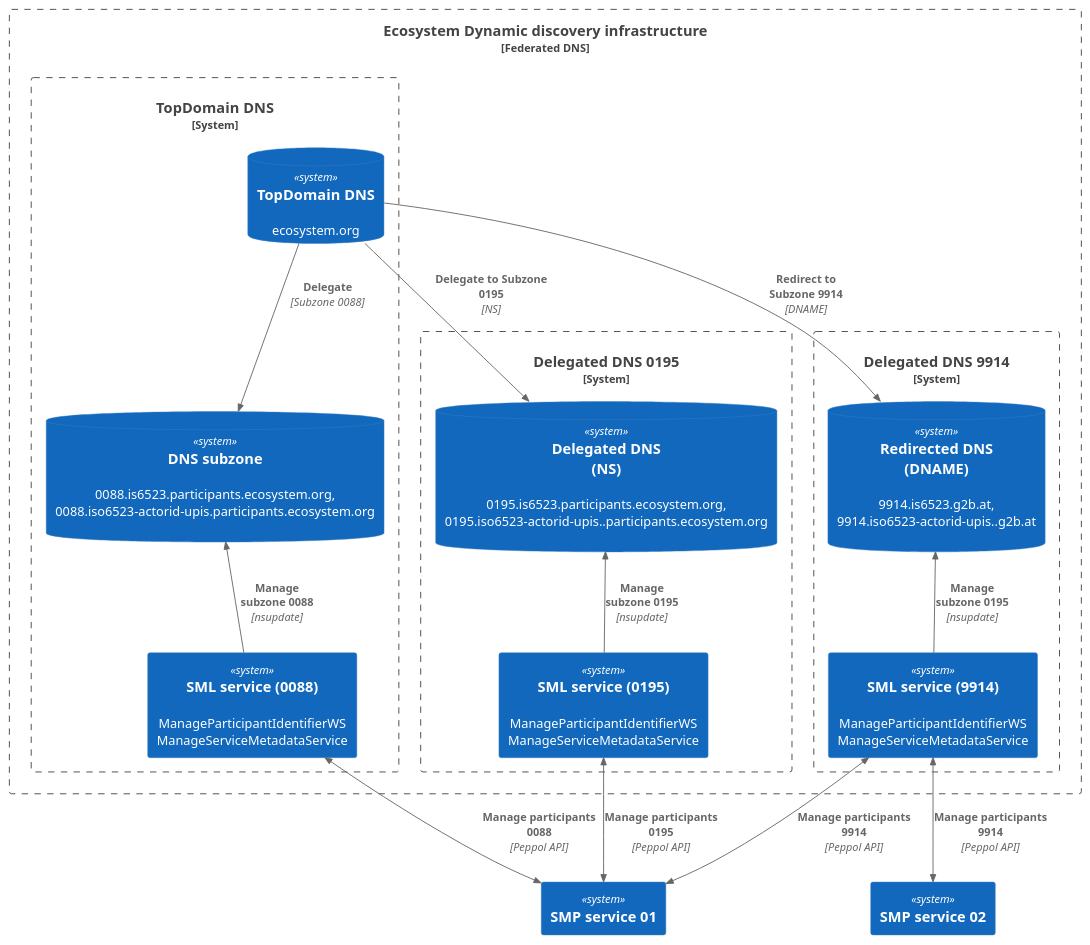
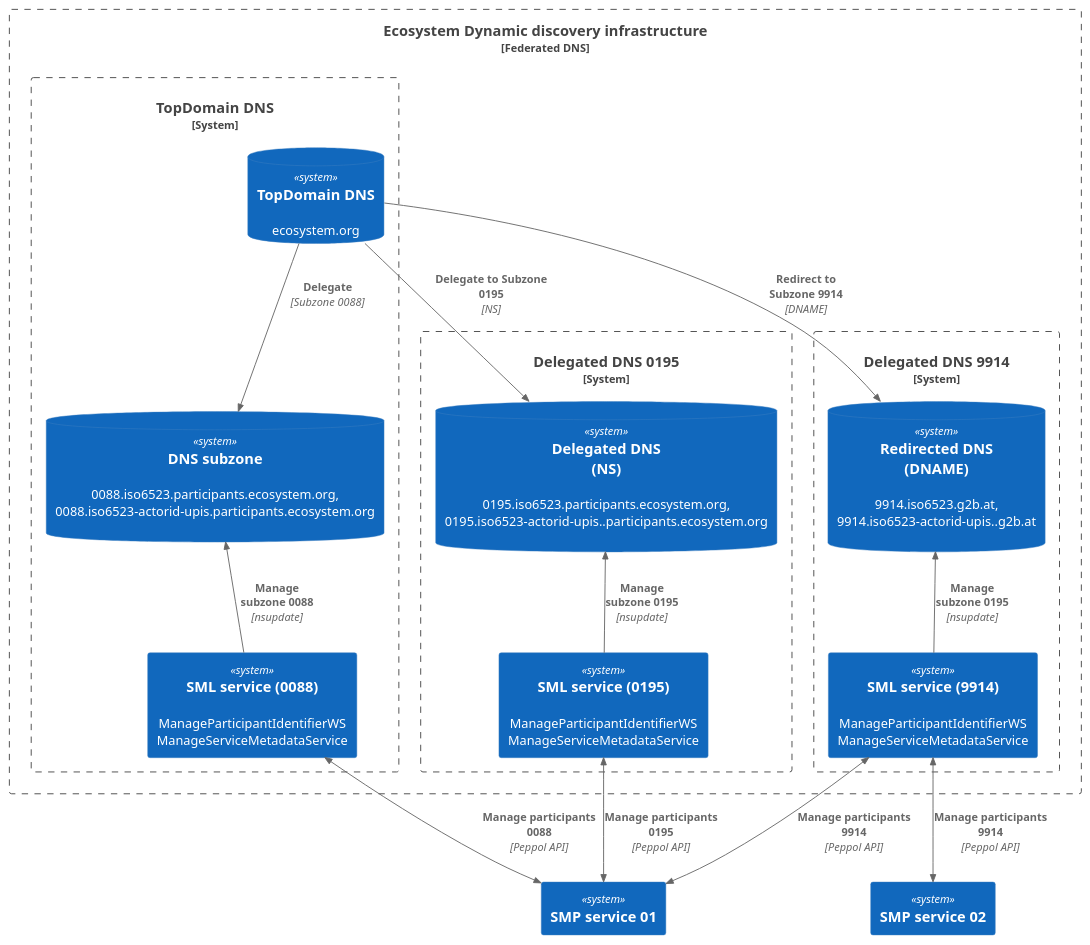
Before and after one commit to ec-edelivery/dynamic-discovery-federated-infrastructure: the diagram in images/dynamic-discovery-infrastructure-SML-02.puml, drawn with PlantUML. The commit also changed 9 other files, not shown here.

```diff
--- a/images/dynamic-discovery-infrastructure-SML-02.puml
+++ b/images/dynamic-discovery-infrastructure-SML-02.puml
@@ -1,46 +1,46 @@
 @startuml Basic Sample
 !include https://raw.githubusercontent.com/plantuml-stdlib/C4-PlantUML/master/C4_Container.puml
 
 Boundary(ecosystemSMLService, "Ecosystem Dynamic discovery infrastructure", "Federated DNS") {
 
     System_Boundary(c1, "TopDomain DNS") {
         SystemDb(ecosystemDNS, "TopDomain DNS", "ecosystem.org")
-        SystemDb(ecosystemDNSSubzone, "DNS subzone", "0088.is6523.participants.ecosystem.org,\n0088.iso6523-actorid-upis.participants.ecosystem.org\n")
+        SystemDb(ecosystemDNSSubzone, "DNS subzone", "0088.iso6523.participants.ecosystem.org,\n0088.iso6523-actorid-upis.participants.ecosystem.org\n")
         System(sml0088, "SML service (0088)", ManageParticipantIdentifierWS\nManageServiceMetadataService)
 
     }
     System_Boundary(c2, "Delegated DNS 0195") {
-        SystemDb(delegatedDNS, "Delegated DNS\n(NS)", "0195.is6523.participants.ecosystem.org,\n0195.iso6523-actorid-upis..participants.ecosystem.org\n")
+        SystemDb(delegatedDNS, "Delegated DNS\n(NS)", "0195.iso6523.participants.ecosystem.org,\n0195.iso6523-actorid-upis..participants.ecosystem.org\n")
         System(sml0195, "SML service (0195)", ManageParticipantIdentifierWS\nManageServiceMetadataService)
     }
     System_Boundary(c3, "Delegated DNS 9914") {
-        SystemDb(redirectedDNS, "Redirected DNS\n(DNAME)", "9914.is6523.g2b.at,\n9914.iso6523-actorid-upis..g2b.at\n")
+        SystemDb(redirectedDNS, "Redirected DNS\n(DNAME)", "9914.iso6523.g2b.at,\n9914.iso6523-actorid-upis..g2b.at\n")
         System(sml9914, "SML service (9914)", ManageParticipantIdentifierWS\nManageServiceMetadataService)
     }
 }
     System(smp1, "SMP service 01", )
     System(smp2, "SMP service 02", )
 
     Rel(ecosystemDNS, ecosystemDNSSubzone, "Delegate", "Subzone 0088")
     Rel(ecosystemDNS, delegatedDNS, "Delegate to Subzone 0195", "NS")
     Rel(ecosystemDNS, redirectedDNS, "Redirect to\nSubzone 9914", "DNAME")
     Rel(sml0088, ecosystemDNSSubzone, "Manage\nsubzone 0088", "nsupdate")
     Rel(sml0195, delegatedDNS, "Manage\nsubzone 0195", "nsupdate")
     Rel(sml9914, redirectedDNS, "Manage\nsubzone 0195", "nsupdate")
 
     BiRel(sml0088, smp1, "Manage participants 0088", "Peppol API")
     BiRel(sml0195, smp1, "Manage participants 0195", "Peppol API")
     BiRel(sml9914, smp1, "Manage participants 9914", "Peppol API")
 
     BiRel(sml9914, smp2, "Manage participants 9914", "Peppol API")
 
 
 
 
     Lay_D(ecosystemDNS, delegatedDNS)
     Lay_D(ecosystemDNS, redirectedDNS)
     Lay_D(ecosystemDNSSubzone, sml0088)
     Lay_D(delegatedDNS, sml0195)
     Lay_D(redirectedDNS, sml9914)
 
 @enduml
```
